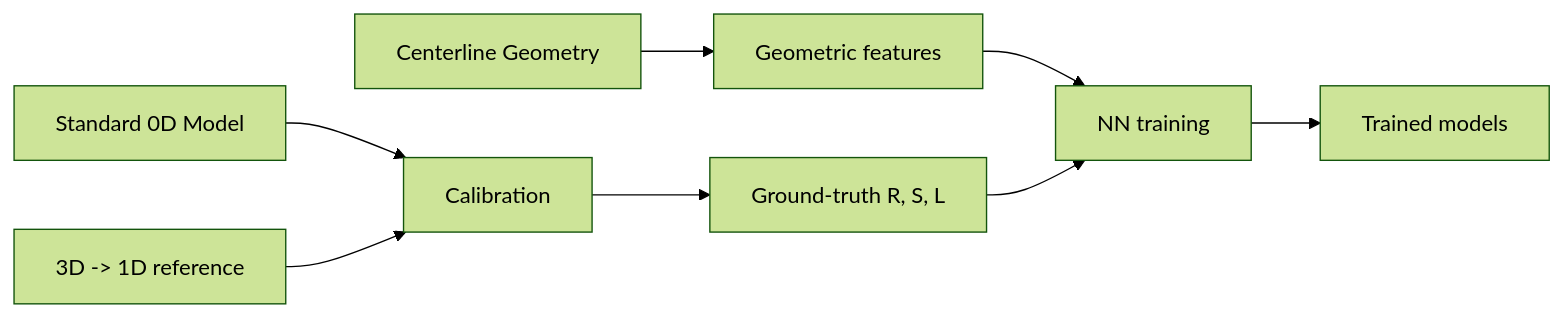
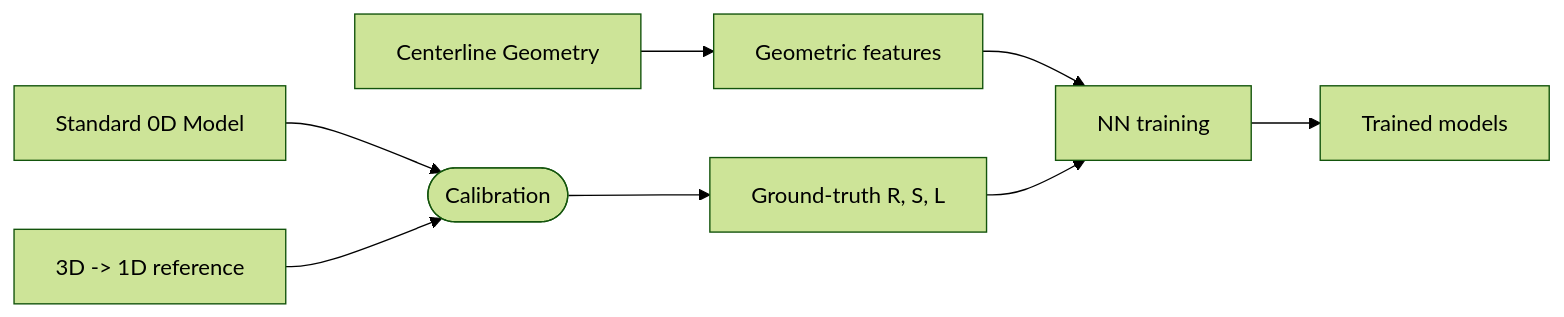
Before and after one commit to natalia-rubio/learn_lpns: the first of 2 diagrams in README.md, drawn with Mermaid (forest theme). The commit also changed other lines of this file, not shown here.

Commit message:
add rounded edges to flowchart external steps

````diff
--- a/README.md
+++ b/README.md
@@ -17,10 +17,10 @@
 ```mermaid
 flowchart LR
   C[Centerline Geometry] --> D[Geometric features]
-  A[Standard 0D Model] --> E[Calibration]
+  A[Standard 0D Model] --> E([Calibration])
   B[3D -> 1D reference] --> E
   E --> F[Ground-truth R, S, L]
   D --> G[NN training]
   F --> G
   G --> H[Trained models]
 ```
````
